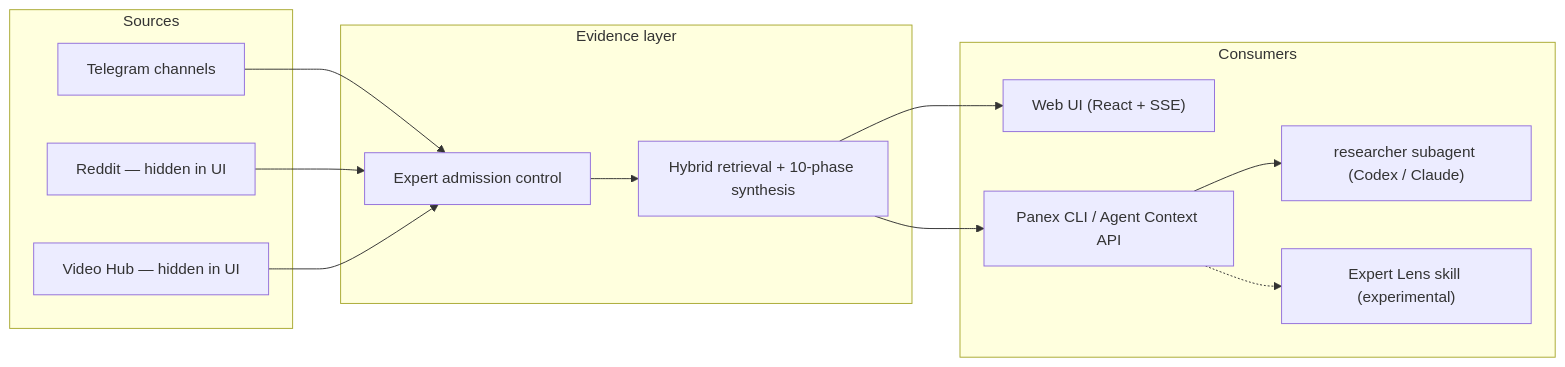
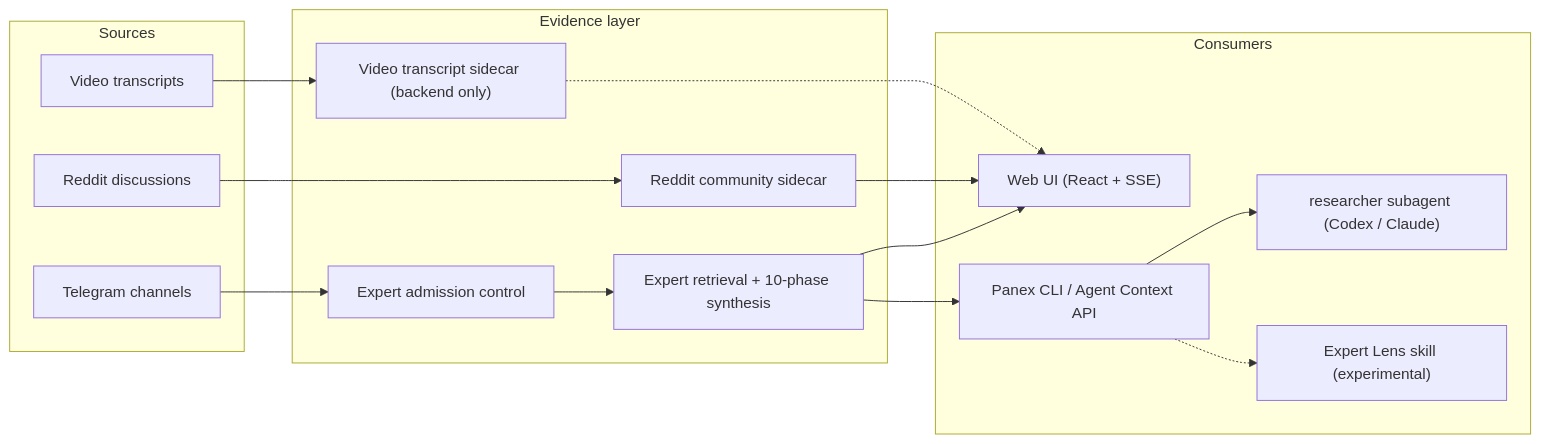
The diagram in README.md (shao3d/Experts_panel), drawn with Mermaid before and after one commit. The commit also changed other lines of this file, not shown here.

Commit message:
Update README for production Reddit sidecar

````diff
--- a/README.md
+++ b/README.md
@@ -39,26 +49,30 @@
 ```mermaid
 graph LR
     subgraph S["Sources"]
         TG["Telegram channels"]
-        RD["Reddit — hidden in UI"]
-        VH["Video Hub — hidden in UI"]
+        RD["Reddit discussions"]
+        VH["Video transcripts"]
     end
     subgraph E["Evidence layer"]
         AC["Expert admission control"]
-        EP["Hybrid retrieval + 10-phase synthesis"]
+        EP["Expert retrieval + 10-phase synthesis"]
+        RP["Reddit community sidecar"]
+        VP["Video transcript sidecar (backend only)"]
     end
     subgraph C["Consumers"]
         UI["Web UI (React + SSE)"]
         PX["Panex CLI / Agent Context API"]
         SA["researcher subagent (Codex / Claude)"]
         EL["Expert Lens skill (experimental)"]
     end
     TG --> AC
-    RD --> AC
-    VH --> AC
     AC --> EP
+    RD --> RP
+    VH --> VP
     EP --> UI
+    RP --> UI
+    VP -.-> UI
     EP --> PX
     PX --> SA
     PX -.-> EL
 ```
````
